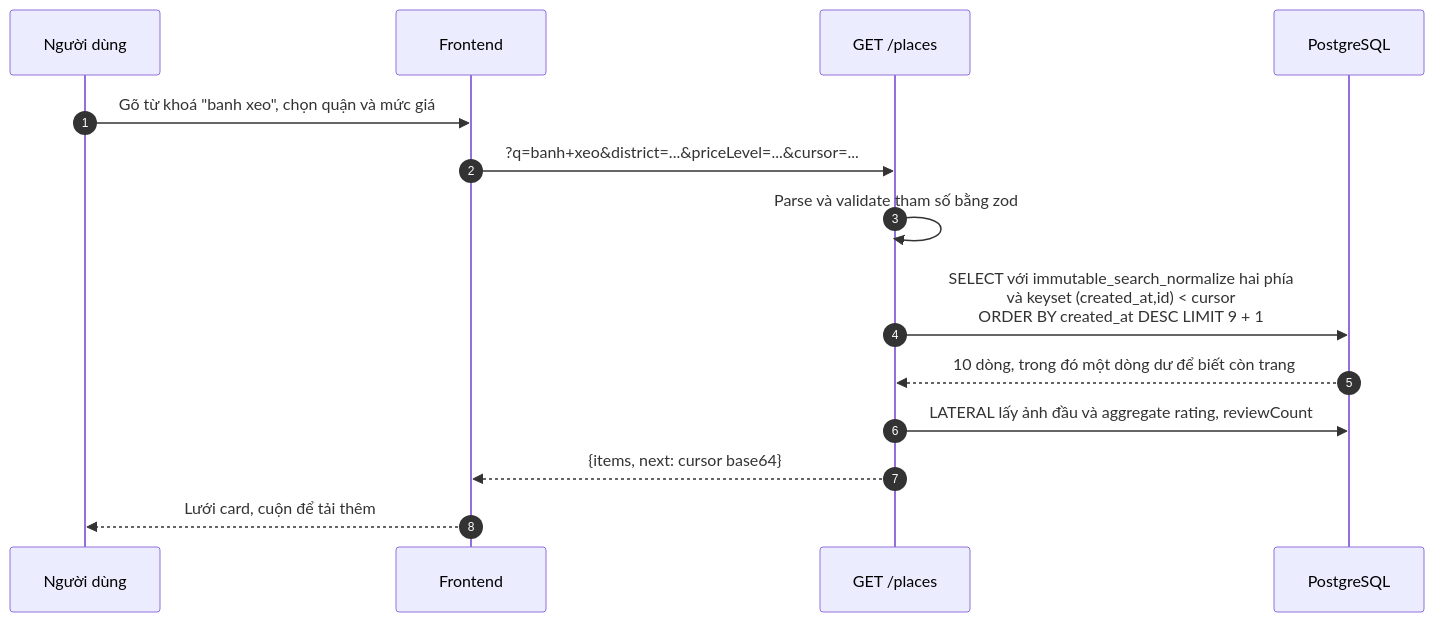
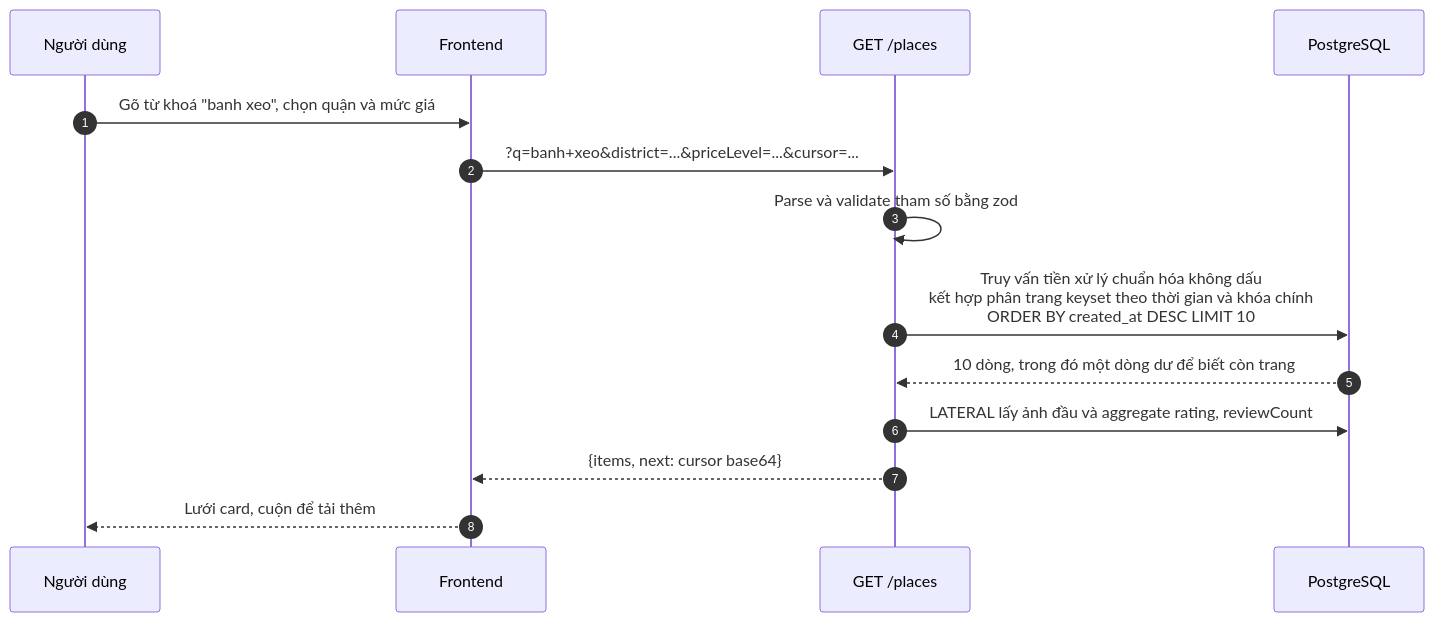
The eighth of 14 diagrams in docs/bao-cao/BAO-CAO-DO-AN.md (longqt321/Rendez-PBL6), drawn with Mermaid before and after one commit. The commit also changed other lines of this file, not shown here.

````diff
--- a/docs/bao-cao/BAO-CAO-DO-AN.md
+++ b/docs/bao-cao/BAO-CAO-DO-AN.md
@@ -555,17 +530,17 @@
 ```mermaid
 sequenceDiagram
   autonumber
   participant U as Người dùng
   participant FE as Frontend
   participant API as GET /places
   participant DB as PostgreSQL
 
   U->>FE: Gõ từ khoá "banh xeo", chọn quận và mức giá
   FE->>API: ?q=banh+xeo&district=...&priceLevel=...&cursor=...
   API->>API: Parse và validate tham số bằng zod
-  API->>DB: SELECT với immutable_search_normalize hai phía<br/>và keyset (created_at,id) < cursor<br/>ORDER BY created_at DESC LIMIT 9 + 1
+  API->>DB: Truy vấn tiền xử lý chuẩn hóa không dấu<br/>kết hợp phân trang keyset theo thời gian và khóa chính<br/>ORDER BY created_at DESC LIMIT 10
   DB-->>API: 10 dòng, trong đó một dòng dư để biết còn trang
   API->>DB: LATERAL lấy ảnh đầu và aggregate rating, reviewCount
   API-->>FE: {items, next: cursor base64}
   FE-->>U: Lưới card, cuộn để tải thêm
 ```
````
